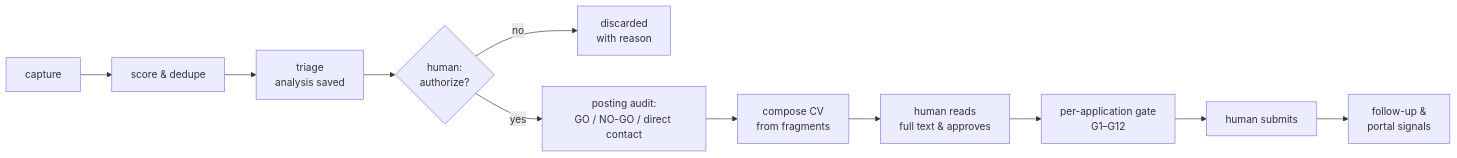
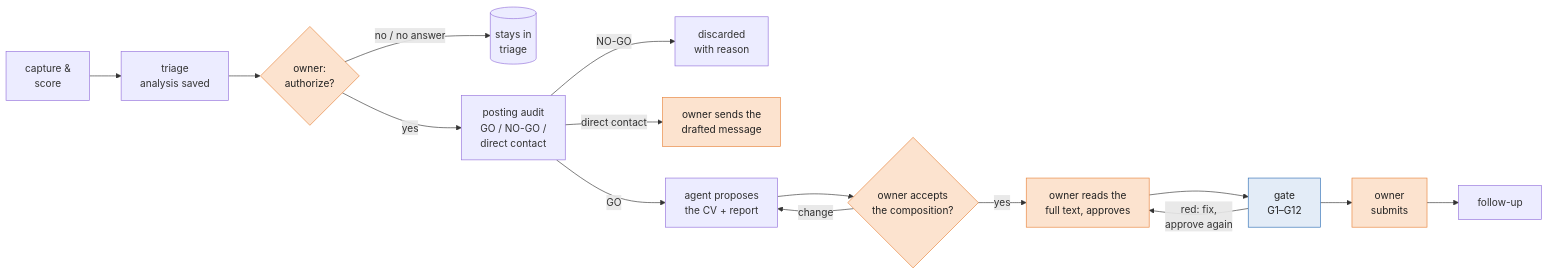
Before and after one commit to maaferna/job-search-agent-system: the second of 2 diagrams in README.md, drawn with Mermaid. The commit also changed other lines of this file and 7 other files, not shown here.

First line of the commit message:
Correct the diagrams and state the approval claim with its limits

````diff
--- a/README.md
+++ b/README.md
@@ -157,7 +159,16 @@
 ```mermaid
 flowchart LR
-    A[capture] --> B[score & dedupe] --> C[triage<br/>analysis saved] --> D{human:<br/>authorize?}
-    D -- no --> X[discarded<br/>with reason]
-    D -- yes --> E[posting audit:<br/>GO / NO-GO / direct contact] --> F[compose CV<br/>from fragments]
-    F --> G[human reads<br/>full text & approves] --> H[per-application gate<br/>G1–G12] --> I[human submits] --> J[follow-up &<br/>portal signals]
+    A[capture &<br/>score] --> C[triage<br/>analysis saved] --> D{owner:<br/>authorize?}
+    D -- no / no answer --> T[(stays in<br/>triage)]
+    D -- yes --> E[posting audit<br/>GO / NO-GO /<br/>direct contact]
+    E -- NO-GO --> X[discarded<br/>with reason]
+    E -- direct contact --> K[owner sends the<br/>drafted message]
+    E -- GO --> F[agent proposes<br/>the CV + report] --> R{owner accepts<br/>the composition?}
+    R -- change --> F
+    R -- yes --> G[owner reads the<br/>full text, approves] --> H[gate<br/>G1–G12] --> I[owner<br/>submits] --> J[follow-up]
+    H -- "red: fix,<br/>approve again" --> G
+    classDef owner fill:#FCE3CF,stroke:#E8833A,color:#222
+    classDef script fill:#E3ECF7,stroke:#2F6FB5,color:#222
+    class D,R,G,I,K owner
+    class H script
 ```
````
